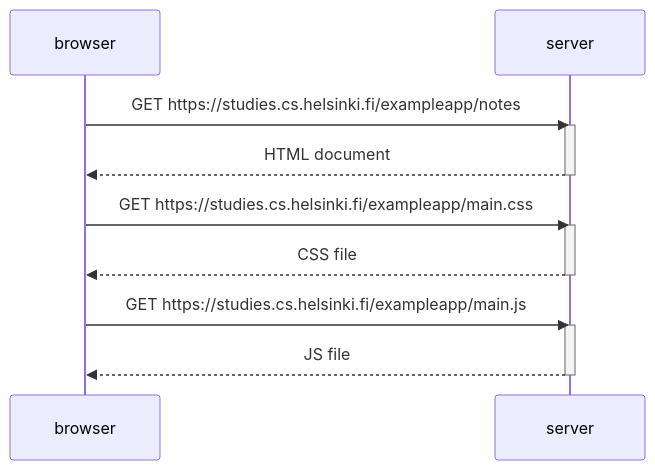
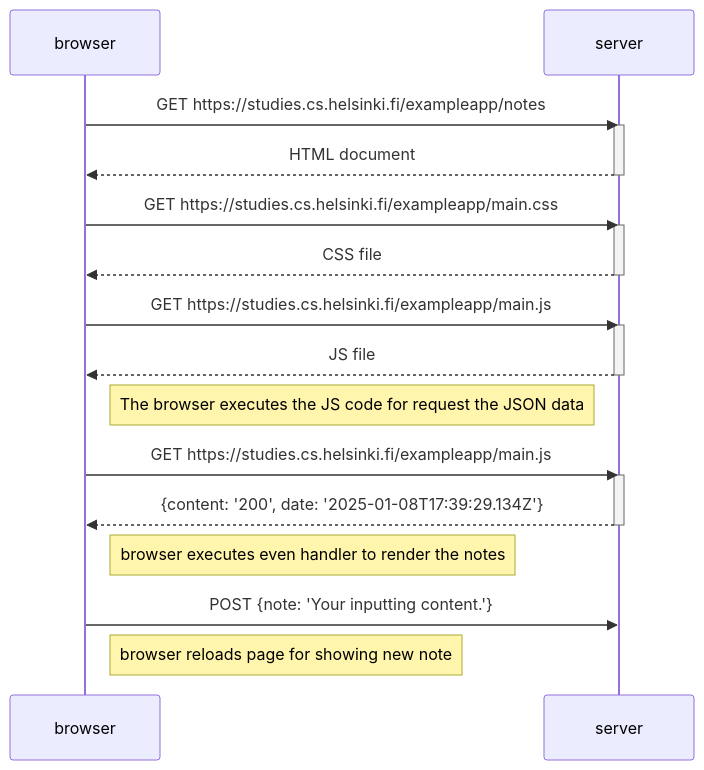
Before and after one commit to matisanabria/fullstackopen: the diagram in part0/diagram.md, drawn with Mermaid.

Commit message:
new note diagram

````diff
--- a/part0/diagram.md
+++ b/part0/diagram.md
@@ -1,21 +1,36 @@
 ```mermaid
 sequenceDiagram
     participant browser
     participant server
+
 
     browser->>server: GET https://studies.cs.helsinki.fi/exampleapp/notes
     activate server
     server-->>browser: HTML document
     deactivate server
 
     browser->>server: GET https://studies.cs.helsinki.fi/exampleapp/main.css
     activate server
     server-->>browser: CSS file
     deactivate server
 
     browser->>server: GET https://studies.cs.helsinki.fi/exampleapp/main.js
     activate server
     server-->>browser: JS file
     deactivate server
 
+    Note right of browser: The browser executes the JS code for request the JSON data
+
+    browser->>server: GET https://studies.cs.helsinki.fi/exampleapp/main.js
+    activate server
+    server-->>browser: {content: '200', date: '2025-01-08T17:39:29.134Z'}
+    deactivate server
+
+    Note right of browser: browser executes even handler to render the notes
+
+    browser->>server: POST {note: 'Your inputting content.'}
+    activate server
+
+    Note right of browser: browser reloads page for showing new note
+
 ```
````
